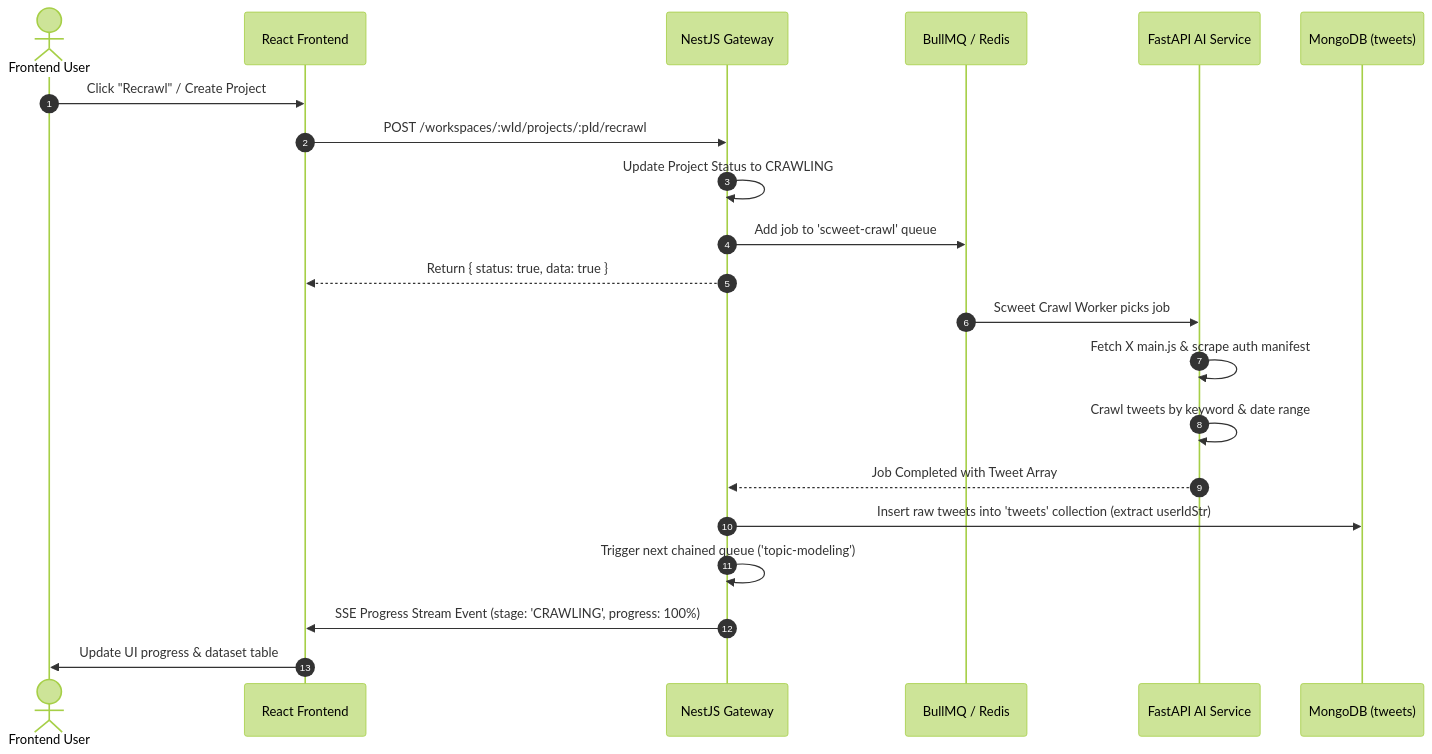
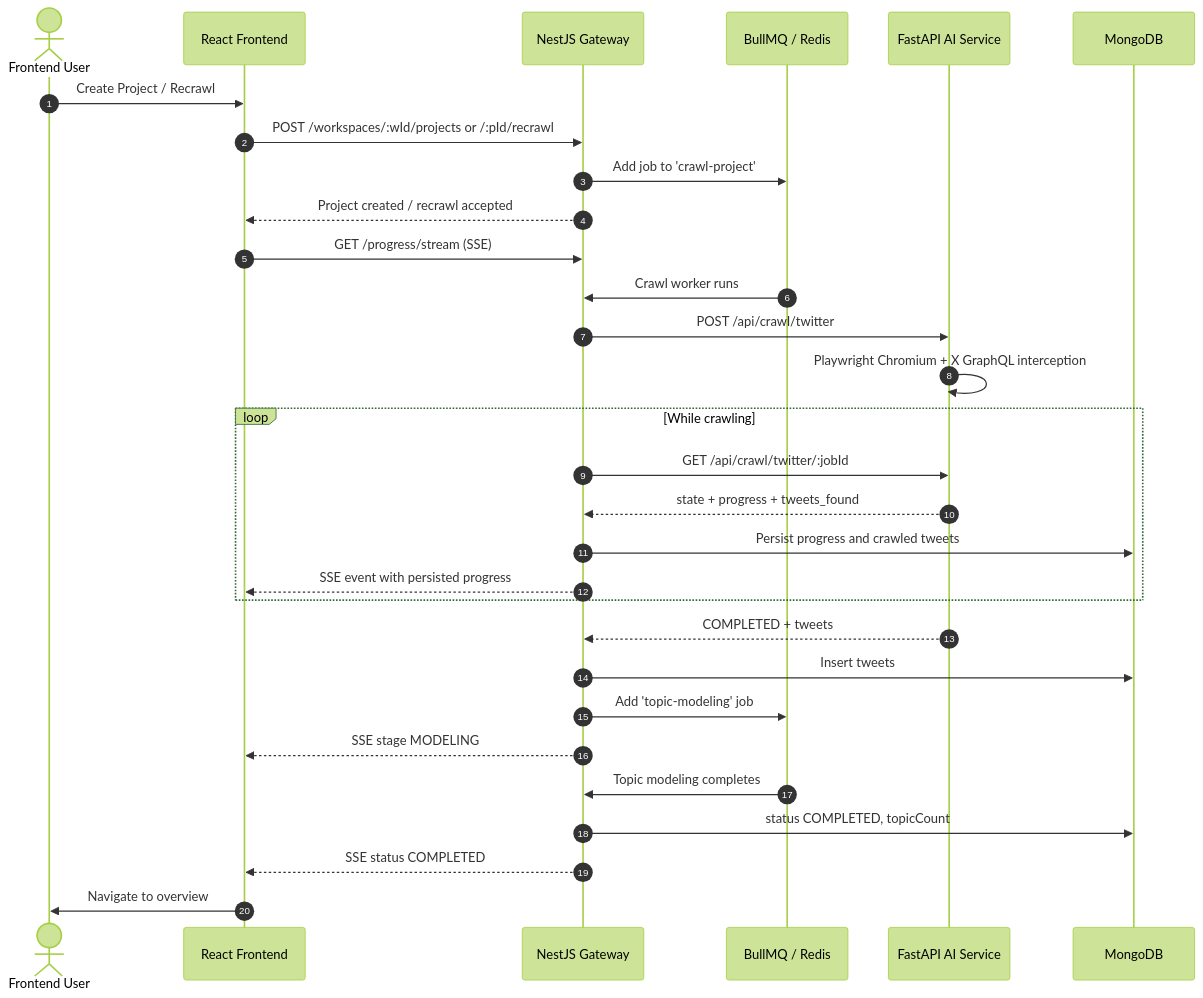
Before and after one commit to codelabs-socialabs/socialabs-fe: the diagram in docs/crawling.md, drawn with Mermaid (forest theme). The commit also changed other lines of this file and 4 other files, not shown here.

Commit message:
feat: Improve crawl progress streaming and document the crawler

````diff
--- a/docs/crawling.md
+++ b/docs/crawling.md
@@ -17,26 +21,33 @@
 ```mermaid
 sequenceDiagram
     autonumber
     actor User as Frontend User
     participant FE as React Frontend
     participant Nest as NestJS Gateway
     participant Redis as BullMQ / Redis
     participant AI as FastAPI AI Service
-    participant Mongo as MongoDB (tweets)
+    participant Mongo as MongoDB
 
-    User->>FE: Click "Recrawl" / Create Project
-    FE->>Nest: POST /workspaces/:wId/projects/:pId/recrawl
-    Nest->>Nest: Update Project Status to CRAWLING
-    Nest->>Redis: Add job to 'scweet-crawl' queue
-    Nest-->>FE: Return { status: true, data: true }
-
-    Redis->>AI: Scweet Crawl Worker picks job
-    AI->>AI: Fetch X main.js & scrape auth manifest
-    AI->>AI: Crawl tweets by keyword & date range
-    AI-->>Nest: Job Completed with Tweet Array
-
-    Nest->>Mongo: Insert raw tweets into 'tweets' collection (extract userIdStr)
-    Nest->>Nest: Trigger next chained queue ('topic-modeling')
-    Nest->>FE: SSE Progress Stream Event (stage: 'CRAWLING', progress: 100%)
-    FE->>User: Update UI progress & dataset table
+    User->>FE: Create Project / Recrawl
+    FE->>Nest: POST /workspaces/:wId/projects or /:pId/recrawl
+    Nest->>Redis: Add job to 'crawl-project'
+    Nest-->>FE: Project created / recrawl accepted
+    FE->>Nest: GET /progress/stream (SSE)
+    Redis->>Nest: Crawl worker runs
+    Nest->>AI: POST /api/crawl/twitter
+    AI->>AI: Playwright Chromium + X GraphQL interception
+    loop While crawling
+      Nest->>AI: GET /api/crawl/twitter/:jobId
+      AI-->>Nest: state + progress + tweets_found
+      Nest->>Mongo: Persist progress and crawled tweets
+      Nest-->>FE: SSE event with persisted progress
+    end
+    AI-->>Nest: COMPLETED + tweets
+    Nest->>Mongo: Insert tweets
+    Nest->>Redis: Add 'topic-modeling' job
+    Nest-->>FE: SSE stage MODELING
+    Redis->>Nest: Topic modeling completes
+    Nest->>Mongo: status COMPLETED, topicCount
+    Nest-->>FE: SSE status COMPLETED
+    FE->>User: Navigate to overview
 ```
````
